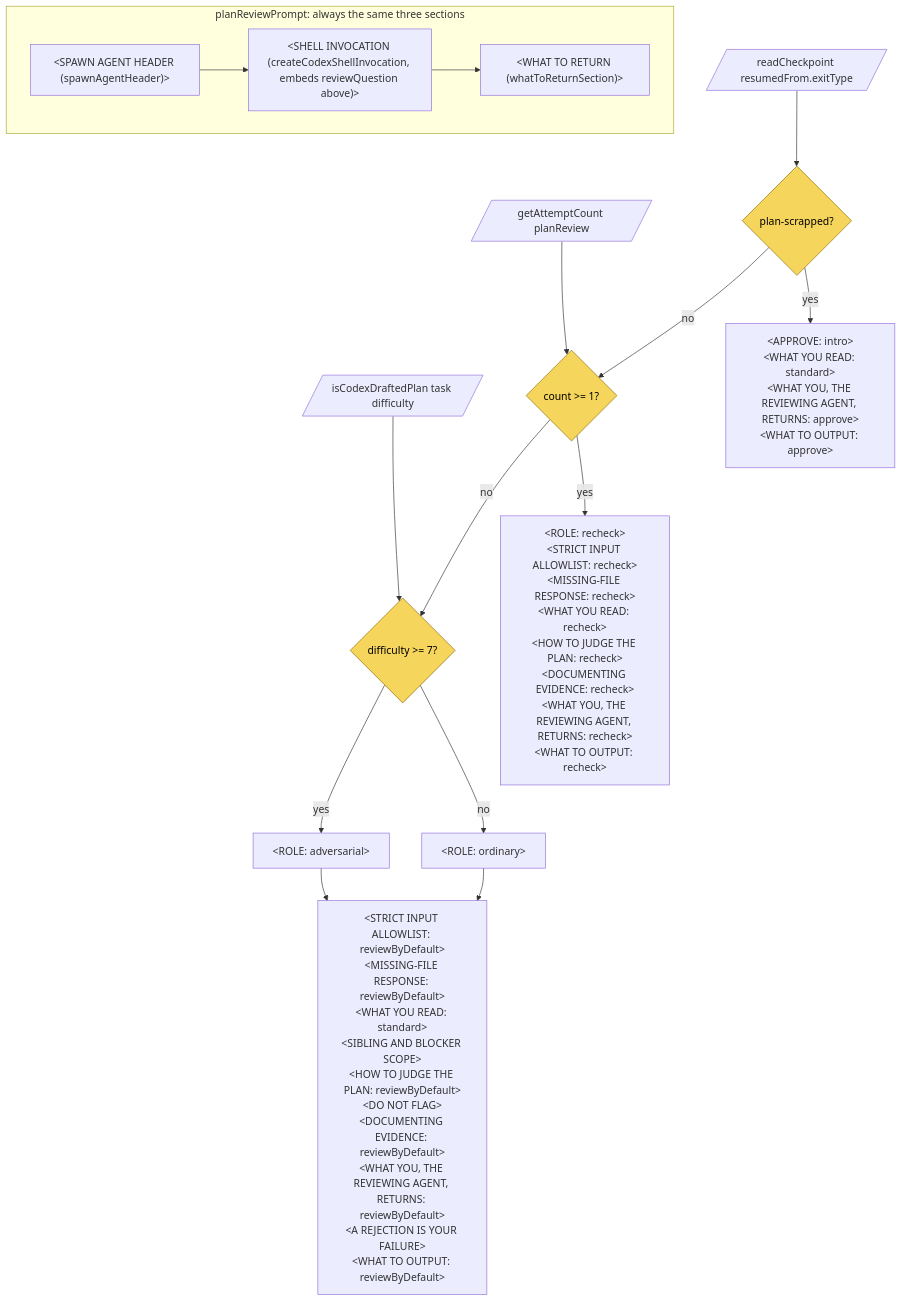
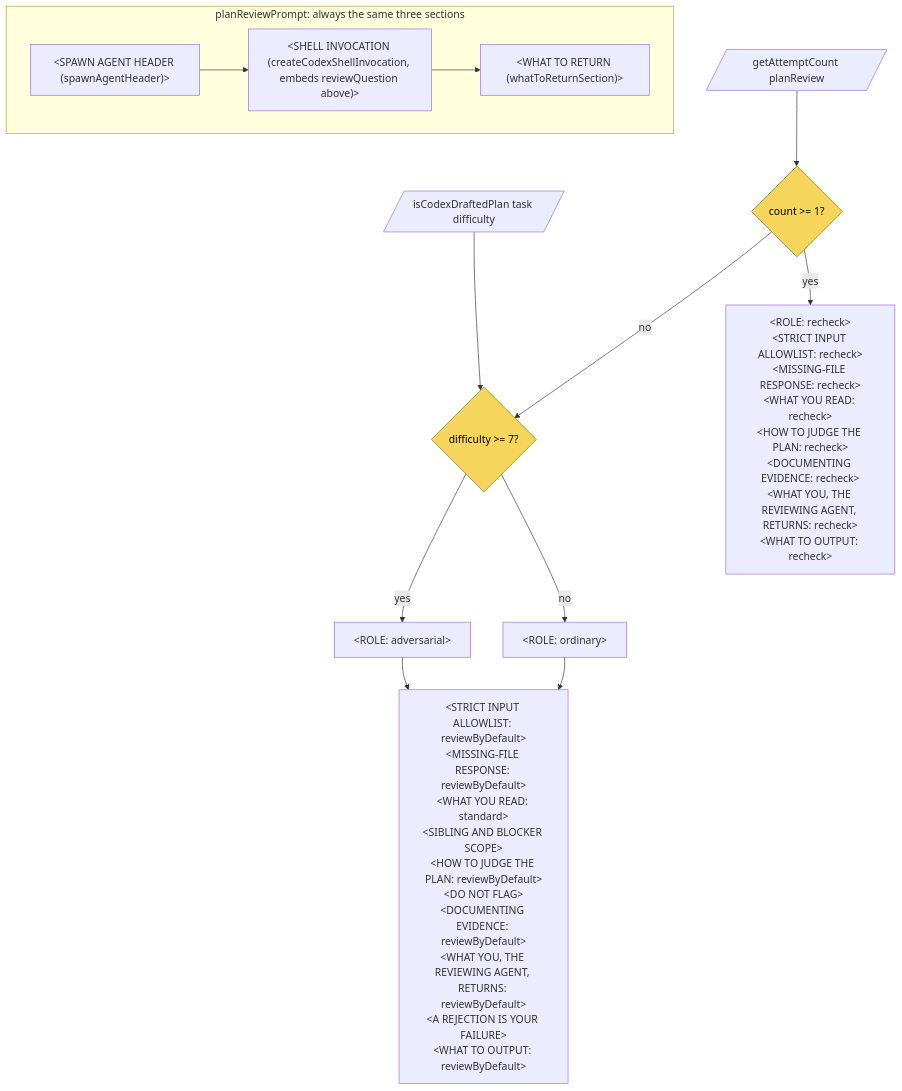
Before and after one commit to matkatmusic/taskTools: the diagram in diagrams/prompts/CodexReviewBodyEmitter.mmd, drawn with Mermaid. The commit also changed 26 other files, not shown here.

First line of the commit message:
feat: Introduce IS_PLAN_APPROVED_BY_DEFAULT_Q to handle review verdicts

```diff
--- a/diagrams/prompts/CodexReviewBodyEmitter.mmd
+++ b/diagrams/prompts/CodexReviewBodyEmitter.mmd
@@ -1,26 +1,27 @@
 %% How reviewQuestion and planReviewPrompt pick their sections. Inputs left, decisions middle, sections right. Not a pipeline diagram.
 flowchart TD
-    resumed[/readCheckpoint resumedFrom.exitType/] --> scrapped{plan-scrapped?}
+    %% RETIRED (task 48): plan-scrapped is answered upstream by IS_PLAN_APPROVED_BY_DEFAULT_Q; this prompt is never built on that path.
+    %% resumed[/readCheckpoint resumedFrom.exitType/] --> scrapped{plan-scrapped?}
     attempts[/getAttemptCount planReview/] --> attempted{count >= 1?}
     difficulty[/isCodexDraftedPlan task difficulty/] --> adversarial{difficulty >= 7?}
 
-    scrapped -- yes --> APPROVE
-    scrapped -- no --> attempted
+    %% scrapped -- yes --> APPROVE
+    %% scrapped -- no --> attempted
     attempted -- yes --> RECHECK
     attempted -- no --> adversarial
 
-    APPROVE["#60;APPROVE: intro#62;<br>#60;WHAT YOU READ: standard#62;<br>#60;WHAT YOU, THE REVIEWING AGENT, RETURNS: approve#62;<br>#60;WHAT TO OUTPUT: approve#62;"]
+    %% APPROVE["#60;APPROVE: intro#62;<br>#60;WHAT YOU READ: standard#62;<br>#60;WHAT YOU, THE REVIEWING AGENT, RETURNS: approve#62;<br>#60;WHAT TO OUTPUT: approve#62;"]
 
     RECHECK["#60;ROLE: recheck#62;<br>#60;STRICT INPUT ALLOWLIST: recheck#62;<br>#60;MISSING-FILE RESPONSE: recheck#62;<br>#60;WHAT YOU READ: recheck#62;<br>#60;HOW TO JUDGE THE PLAN: recheck#62;<br>#60;DOCUMENTING EVIDENCE: recheck#62;<br>#60;WHAT YOU, THE REVIEWING AGENT, RETURNS: recheck#62;<br>#60;WHAT TO OUTPUT: recheck#62;"]
 
     adversarial -- yes --> ROLE_ADV["#60;ROLE: adversarial#62;"]
     adversarial -- no --> ROLE_ORD["#60;ROLE: ordinary#62;"]
     ROLE_ADV --> DEFAULT
     ROLE_ORD --> DEFAULT
     DEFAULT["#60;STRICT INPUT ALLOWLIST: reviewByDefault#62;<br>#60;MISSING-FILE RESPONSE: reviewByDefault#62;<br>#60;WHAT YOU READ: standard#62;<br>#60;SIBLING AND BLOCKER SCOPE#62;<br>#60;HOW TO JUDGE THE PLAN: reviewByDefault#62;<br>#60;DO NOT FLAG#62;<br>#60;DOCUMENTING EVIDENCE: reviewByDefault#62;<br>#60;WHAT YOU, THE REVIEWING AGENT, RETURNS: reviewByDefault#62;<br>#60;A REJECTION IS YOUR FAILURE#62;<br>#60;WHAT TO OUTPUT: reviewByDefault#62;"]
 
     subgraph planReviewPrompt [planReviewPrompt: always the same three sections]
         HEADER["#60;SPAWN AGENT HEADER (spawnAgentHeader)#62;"] --> SHELL["#60;SHELL INVOCATION (createCodexShellInvocation, embeds reviewQuestion above)#62;"] --> RETURN["#60;WHAT TO RETURN (whatToReturnSection)#62;"]
     end
     classDef decision fill:#f6d55c,stroke:#8a6d00,color:#000
-    class adversarial,attempted,scrapped decision
+    class adversarial,attempted decision
```
